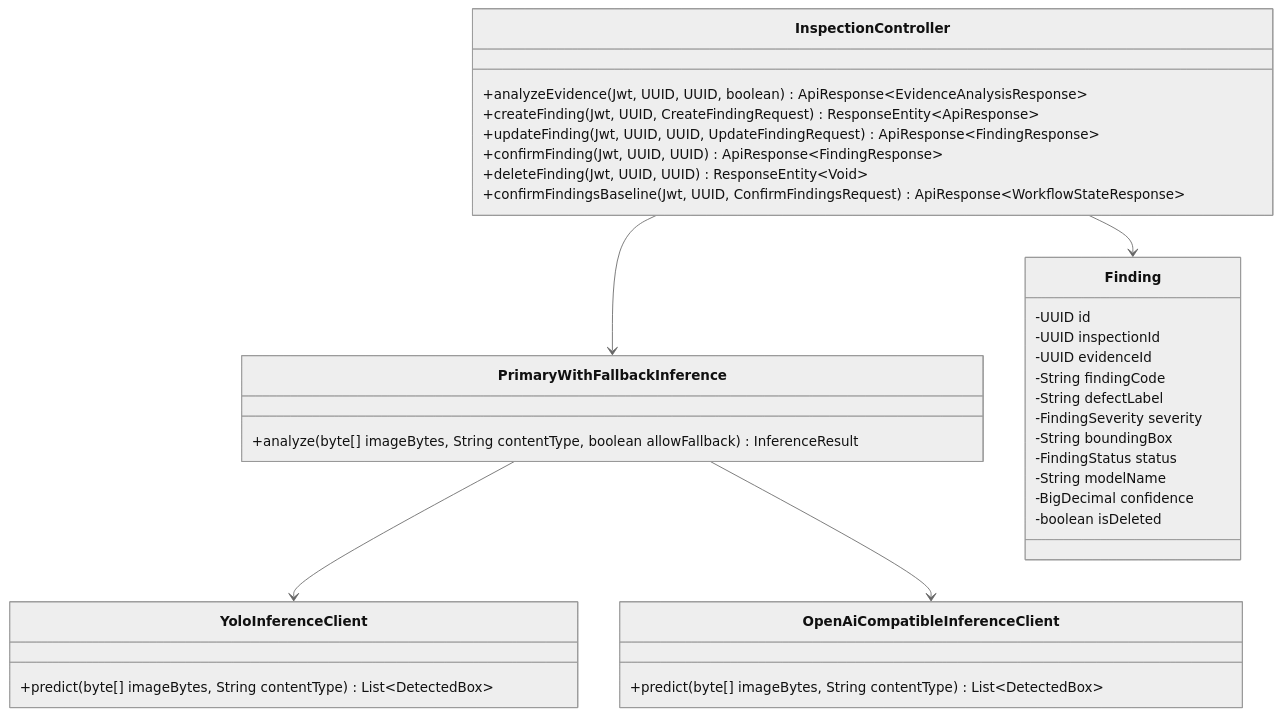
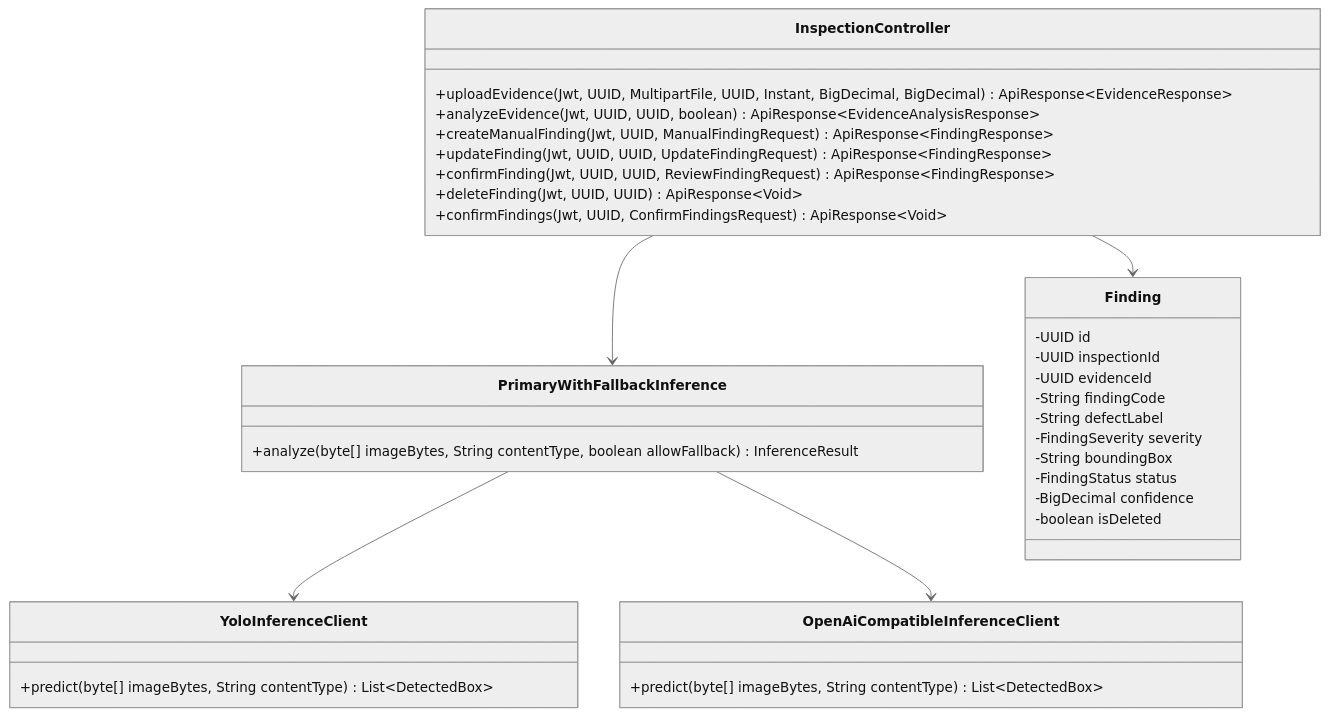
Before and after one commit to tungbach12/SmartDroneInspection-Docs: diagram 14 of 23 in reports/report-4-software-design-document/03-detailed-design.md, drawn with Mermaid (neutral theme). The commit also changed other lines of this file and 245 other files, not shown here.

First line of the commit message:
docs(reports): synchronize all reports, diagrams, and test sheets to 5-role 8-feature baseline

````diff
--- a/reports/report-4-software-design-document/03-detailed-design.md
+++ b/reports/report-4-software-design-document/03-detailed-design.md
@@ -606,38 +593,38 @@
 ```mermaid
 %% title: YOLO11 Defect Detection and Finding Verification Class Diagram
 classDiagram
   class InspectionController {
+    +uploadEvidence(Jwt, UUID, MultipartFile, UUID, Instant, BigDecimal, BigDecimal) ApiResponse~EvidenceResponse~
     +analyzeEvidence(Jwt, UUID, UUID, boolean) ApiResponse~EvidenceAnalysisResponse~
-    +createFinding(Jwt, UUID, CreateFindingRequest) ResponseEntity~ApiResponse~
+    +createManualFinding(Jwt, UUID, ManualFindingRequest) ApiResponse~FindingResponse~
     +updateFinding(Jwt, UUID, UUID, UpdateFindingRequest) ApiResponse~FindingResponse~
-    +confirmFinding(Jwt, UUID, UUID) ApiResponse~FindingResponse~
-    +deleteFinding(Jwt, UUID, UUID) ResponseEntity~Void~
-    +confirmFindingsBaseline(Jwt, UUID, ConfirmFindingsRequest) ApiResponse~WorkflowStateResponse~
+    +confirmFinding(Jwt, UUID, UUID, ReviewFindingRequest) ApiResponse~FindingResponse~
+    +deleteFinding(Jwt, UUID, UUID) ApiResponse~Void~
+    +confirmFindings(Jwt, UUID, ConfirmFindingsRequest) ApiResponse~Void~
   }
   class PrimaryWithFallbackInference {
     +analyze(byte[] imageBytes, String contentType, boolean allowFallback) InferenceResult
   }
   class YoloInferenceClient {
     +predict(byte[] imageBytes, String contentType) List~DetectedBox~
   }
   class OpenAiCompatibleInferenceClient {
     +predict(byte[] imageBytes, String contentType) List~DetectedBox~
   }
   class Finding {
     -UUID id
     -UUID inspectionId
     -UUID evidenceId
     -String findingCode
     -String defectLabel
     -FindingSeverity severity
     -String boundingBox
     -FindingStatus status
-    -String modelName
     -BigDecimal confidence
     -boolean isDeleted
   }
   InspectionController --> PrimaryWithFallbackInference
   PrimaryWithFallbackInference --> YoloInferenceClient
   PrimaryWithFallbackInference --> OpenAiCompatibleInferenceClient
   InspectionController --> Finding
 ```
````
